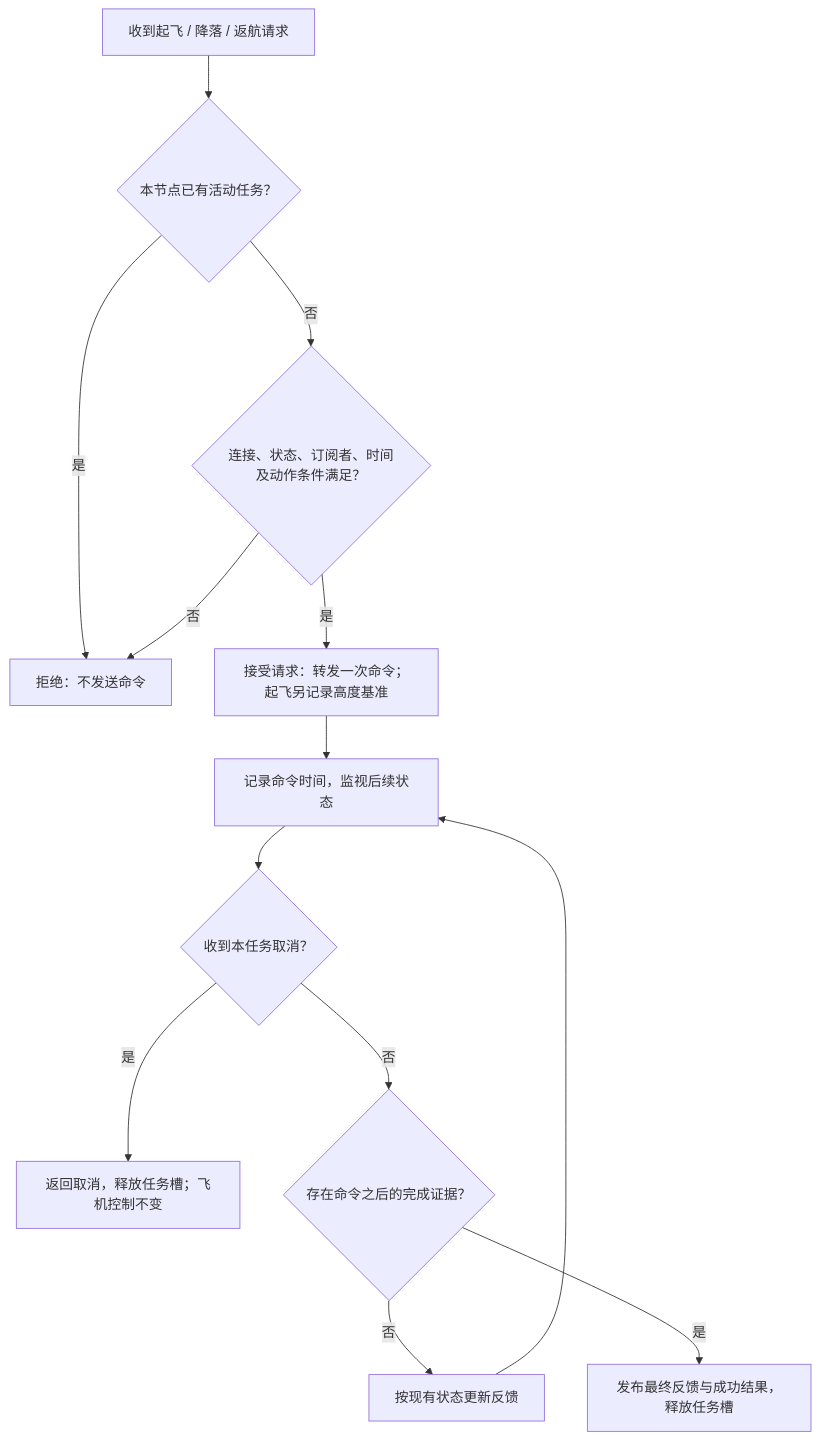
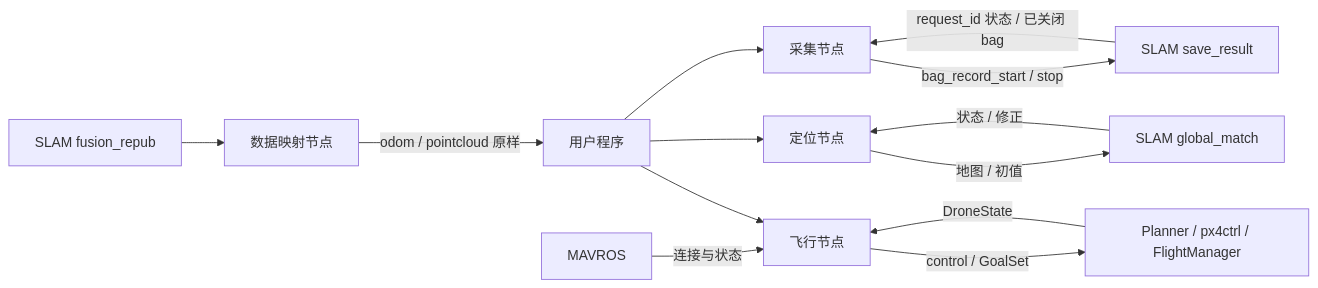
One commit to QGDuan/Spikive-Control-SDK changed the diagram in docs/开发逻辑.md. Above: the diagram before and after it, drawn with Mermaid. The commit also changed other lines of this file and 39 other files, not shown here.

````diff
--- a/docs/开发逻辑.md
+++ b/docs/开发逻辑.md
@@ -36,15 +14,15 @@
 ```mermaid
-flowchart TD
-  A[收到起飞 / 降落 / 返航请求] --> B{本节点已有活动任务？}
-  B -->|是| R[拒绝：不发送命令]
-  B -->|否| C{连接、状态、订阅者、时间及动作条件满足？}
-  C -->|否| R
-  C -->|是| D[接受请求：转发一次命令；起飞另记录高度基准]
-  D --> E[记录命令时间，监视后续状态]
-  E --> F{收到本任务取消？}
-  F -->|是| X[返回取消，释放任务槽；飞机控制不变]
-  F -->|否| G{存在命令之后的完成证据？}
-  G -->|否| H[按现有状态更新反馈]
-  H --> E
-  G -->|是| I[发布最终反馈与成功结果，释放任务槽]
+flowchart LR
+  User[用户程序] --> Flight[飞行节点]
+  Flight -->|control / GoalSet| Planner[Planner / px4ctrl / FlightManager]
+  Planner -->|DroneState| Flight
+  Mavros[MAVROS] -->|连接与状态| Flight
+  User --> Loc[定位节点]
+  Loc -->|地图 / 初值| Match[SLAM global_match]
+  Match -->|状态 / 修正| Loc
+  User --> Record[采集节点]
+  Record -->|bag_record_start / stop| Save[SLAM save_result]
+  Save -->|request_id 状态 / 已关闭 bag| Record
+  Fusion[SLAM fusion_repub] --> Data[数据映射节点]
+  Data -->|odom / pointcloud 原样| User
 ```
````
